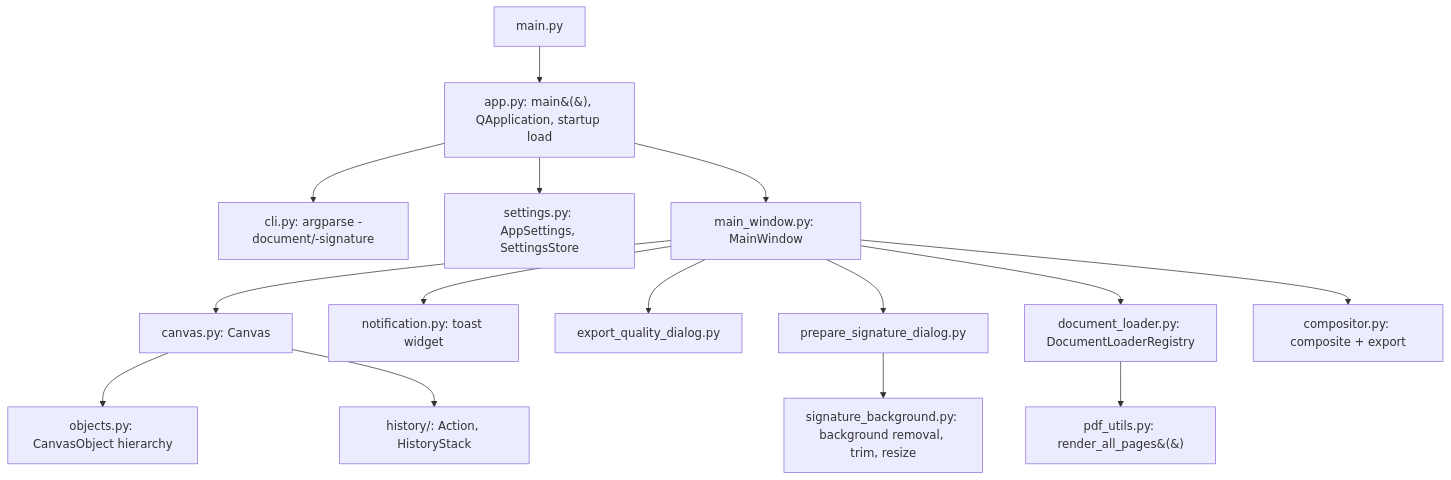
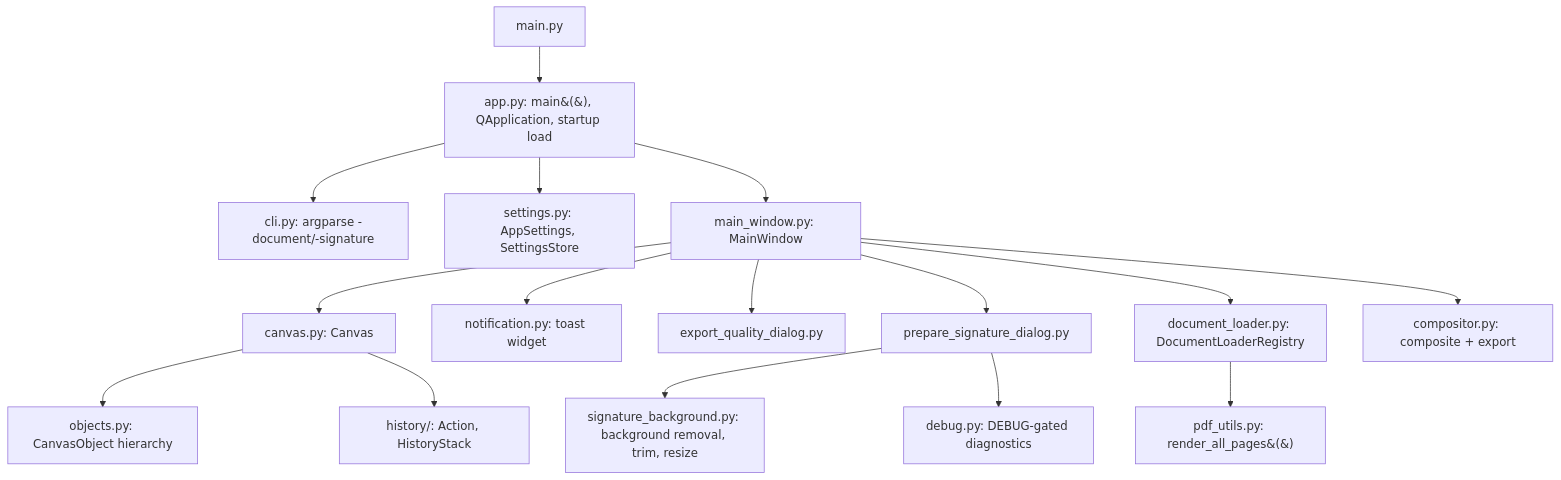
The diagram in DESIGN.md (jmalenko/signer), drawn with Mermaid before and after one commit. The commit also changed other lines of this file and 7 other files, not shown here.

````diff
--- a/DESIGN.md
+++ b/DESIGN.md
@@ -67,17 +76,18 @@
 ```mermaid
 flowchart TD
     main[main.py] --> app[app.py: main&#40;&#41;, QApplication, startup load]
     app --> cli[cli.py: argparse -document/-signature]
     app --> settings[settings.py: AppSettings, SettingsStore]
     app --> mw[main_window.py: MainWindow]
     mw --> canvas[canvas.py: Canvas]
     mw --> notification[notification.py: toast widget]
     mw --> quality[export_quality_dialog.py]
     mw --> prepsig[prepare_signature_dialog.py]
     prepsig --> sigbg[signature_background.py: background removal, trim, resize]
+    prepsig --> debug[debug.py: DEBUG-gated diagnostics]
     canvas --> objects[objects.py: CanvasObject hierarchy]
     canvas --> history[history/: Action, HistoryStack]
     mw --> loader[document_loader.py: DocumentLoaderRegistry]
     loader --> pdf_utils[pdf_utils.py: render_all_pages&#40;&#41;]
     mw --> compositor[compositor.py: composite + export]
 ```
````
